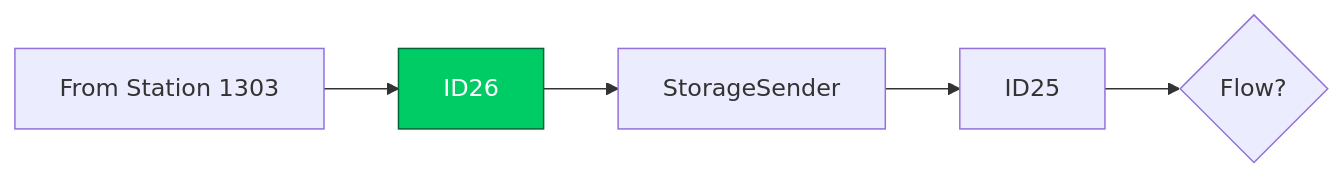
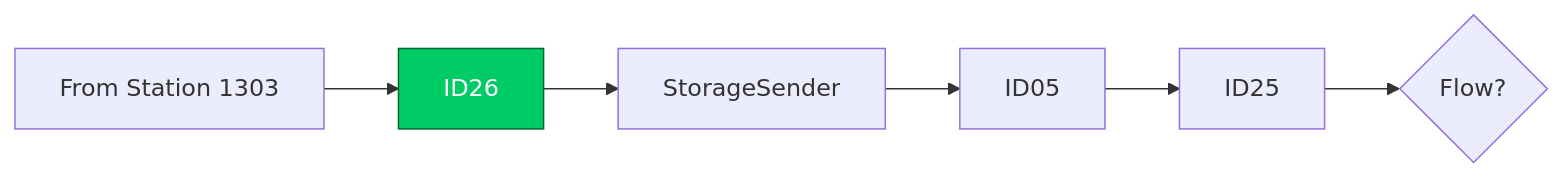
The first of 23 diagrams in Basic-Design/DFD-WMS/Retrieval/QC-Setting/QC-Work-from-Retrieval-for-QC-Start.md (luthfiadityaa/SimeDarby-Wiki), drawn with Mermaid before and after one commit.

Commit message:
Updated QC Work from Retrieval for QC Start

```diff
--- a/Basic-Design/DFD-WMS/Retrieval/QC-Setting/QC-Work-from-Retrieval-for-QC-Start.md
+++ b/Basic-Design/DFD-WMS/Retrieval/QC-Setting/QC-Work-from-Retrieval-for-QC-Start.md
@@ -7,8 +7,8 @@
 ::: mermaid
 flowchart LR
   
-P1[From Station 1303]-->P2[ID26]-->P3[StorageSender]-->P4[ID25]-->Cond1{Flow?} 
+P1[From Station 1303]-->P2[ID26]-->P3[StorageSender]-->P31[ID05]-->P4[ID25]-->Cond1{Flow?} 
 
 click P2 "https://dev.azure.com/Daifuku-SW/ID_SimeDarbyPlantation/_wiki/wikis/ID_SimeDarbyPlantation.wiki/900/Retrieval-for-QC-Start?anchor=id26" "Go to ID26"
 style P2 fill:#00cc66,stroke:#006633,color:#ffffff
 :::
```
